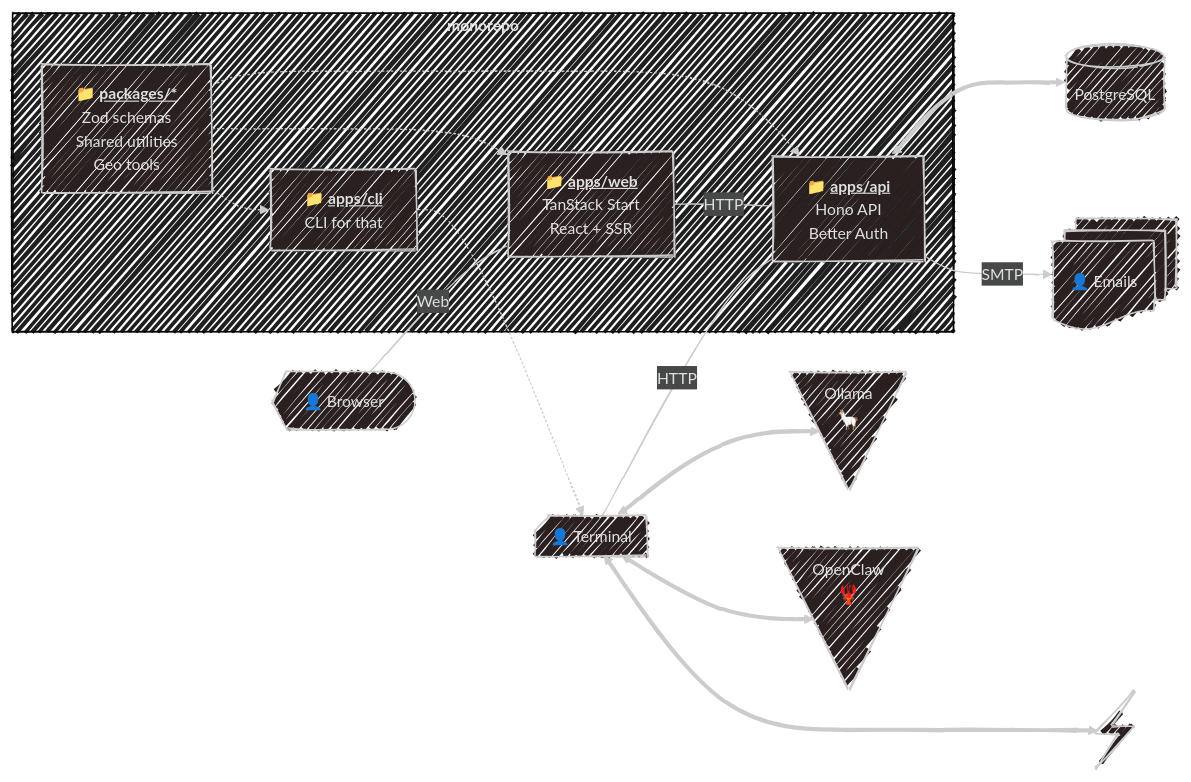
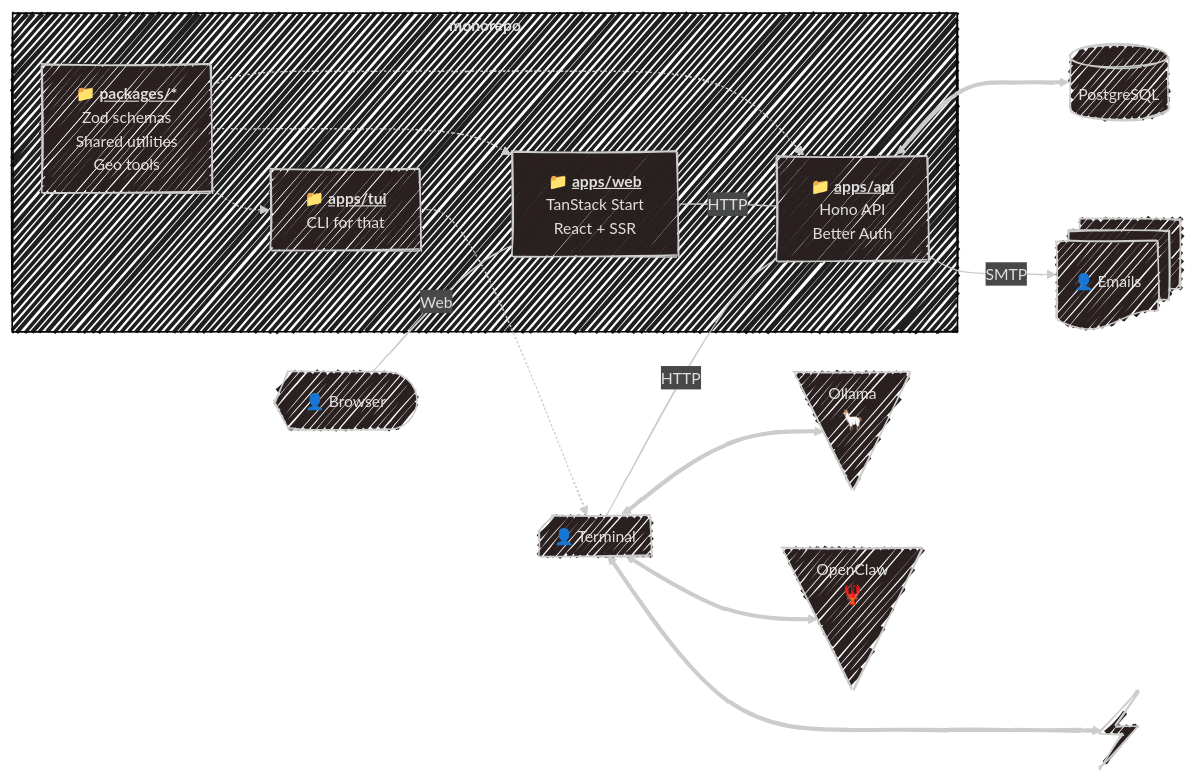
The diagram in docs/development/vision.md (SubZtep/kaja), drawn with Mermaid before and after one commit. The commit also changed 44 other files, not shown here.

Commit message:
refactor: cli to tui references

````diff
--- a/docs/development/vision.md
+++ b/docs/development/vision.md
@@ -8,39 +8,39 @@
 ```mermaid
 ---
 config:
   look: handDrawn
   theme: neo-dark
 ---
 flowchart LR
   U@{ shape: curv-trap, label: "👤 Browser" }
   UW@{ shape: notch-rect, label: "👤 Terminal" }
   L@{ shape: manual-file, label: "Ollama<br><big>🦙</big>" }
   O@{ shape: manual-file, label: "OpenClaw<br><big>🦞</big>" }
   B@{ shape: bolt }
 
   D[(PostgreSQL)]
   E@{ shape: docs, label: "👤 Emails"}
 
   subgraph "`**monorepo**`"
     A["📁 <strong><u>apps/api</u></strong><br/>Hono API<br/>Better Auth"]
     W["📁 <strong><u>apps/web</u></strong><br/>TanStack Start<br/>React + SSR"]
     P["📁 <strong><u>packages/*</u></strong><br/>Zod schemas<br/>Shared utilities<br>Geo tools"]
-    WW["📁 <strong><u>apps/cli</u></strong><br/>CLI for that"]
+    WW["📁 <strong><u>apps/tui</u></strong><br/>CLI for that"]
   end
 
   P -.-> A
   P -.-> W
   P -.-> WW
 
   U -- Web --- W
   UW -- HTTP --- A
   WW -.-> UW
   UW <==> L
   UW <==> O
   UW <===> B
 
   W -- HTTP --- A
   A <==> D
   A -- SMTP --> E
 
 ```
````
